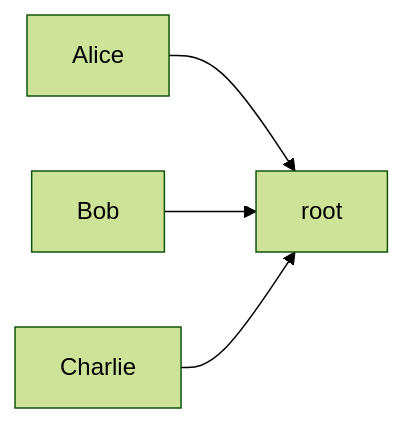
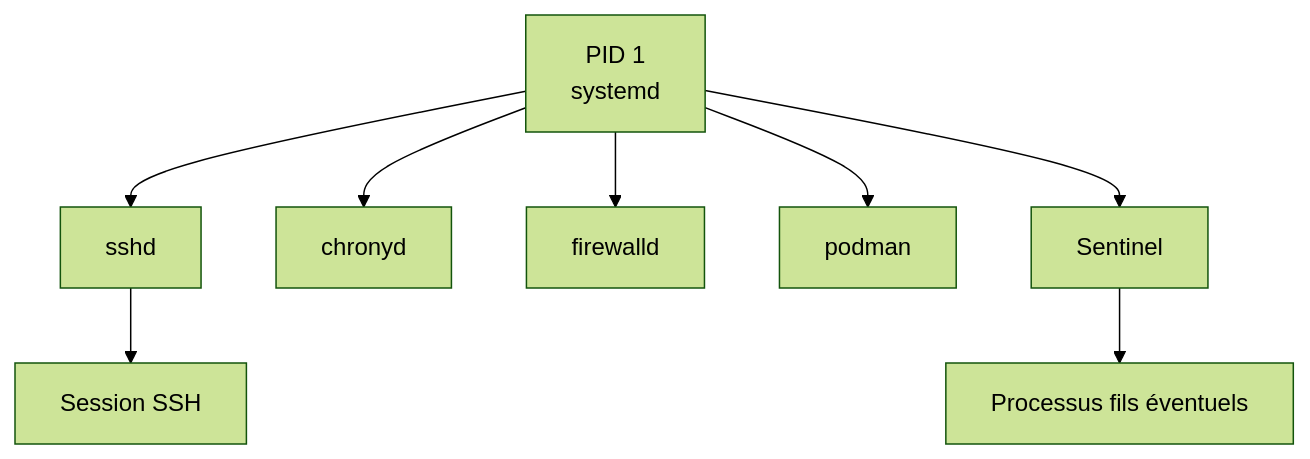
One commit to tdelaclos/formations changed diagram 16 of 16 in campagne 1/1.3.md. Above: the diagram before and after it, drawn with Mermaid (forest theme). The commit also changed other lines of this file, not shown here.

````diff
--- a/campagne 1/1.3.md
+++ b/campagne 1/1.3.md
@@ -881,15 +1026,19 @@
 ```mermaid
-flowchart LR
+flowchart TD
 
-A["Alice"]
+A["PID 1<br/>systemd"]
 
-B["Bob"]
+A --> B["sshd"]
 
-C["Charlie"]
+A --> C["chronyd"]
 
-D["root"]
+A --> D["firewalld"]
 
-A --> D
-B --> D
-C --> D
+A --> E["podman"]
+
+A --> F["Sentinel"]
+
+B --> G["Session SSH"]
+
+F --> H["Processus fils éventuels"]
 ```
````
